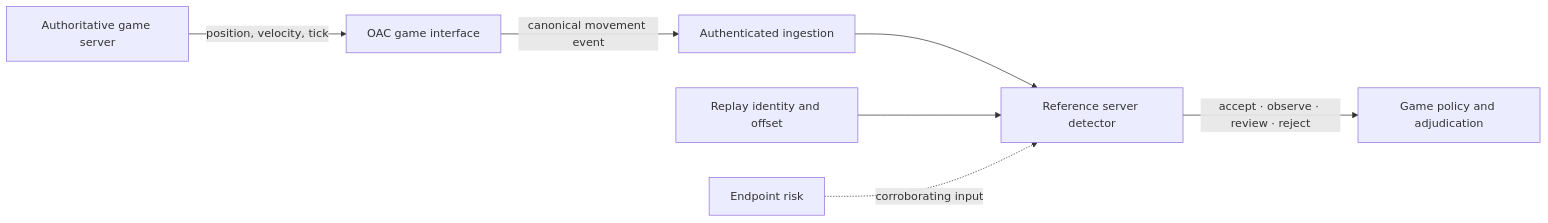
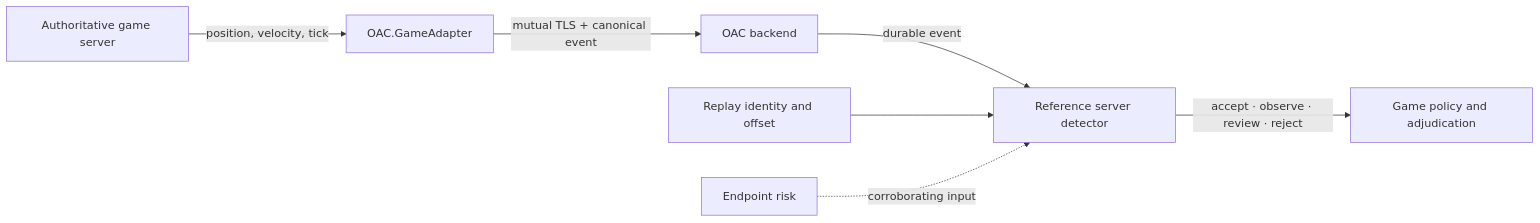
The diagram in docs/GAME_INTEGRATION.md (lauralex/OAC), drawn with Mermaid before and after one commit. The commit also changed other lines of this file and 60 other files, not shown here.

````diff
--- a/docs/GAME_INTEGRATION.md
+++ b/docs/GAME_INTEGRATION.md
@@ -16,9 +18,9 @@
 ```mermaid
 flowchart LR
-    Game["Authoritative game server"] -->|"position, velocity, tick"| Adapter["OAC game interface"]
-    Adapter -->|"canonical movement event"| Transport["Authenticated ingestion"]
-    Transport --> Detector["Reference server detector"]
+    Game["Authoritative game server"] -->|"position, velocity, tick"| Adapter["OAC.GameAdapter"]
+    Adapter -->|"mutual TLS + canonical event"| Backend["OAC backend"]
+    Backend -->|"durable event"| Detector["Reference server detector"]
     Replay["Replay identity and offset"] --> Detector
     Endpoint["Endpoint risk"] -.->|"corroborating input"| Detector
     Detector -->|"accept · observe · review · reject"| Decision["Game policy and adjudication"]
 ```
````
